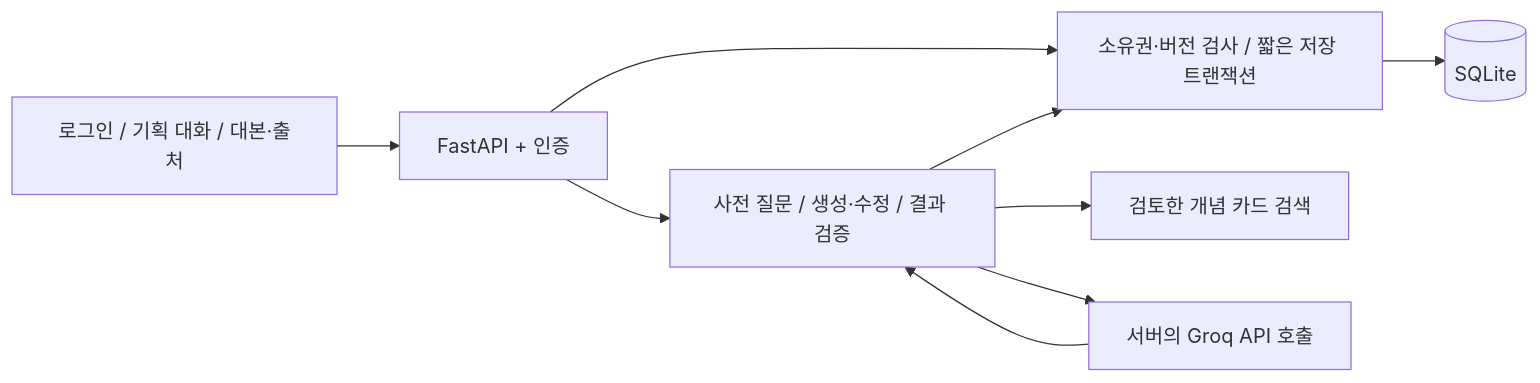
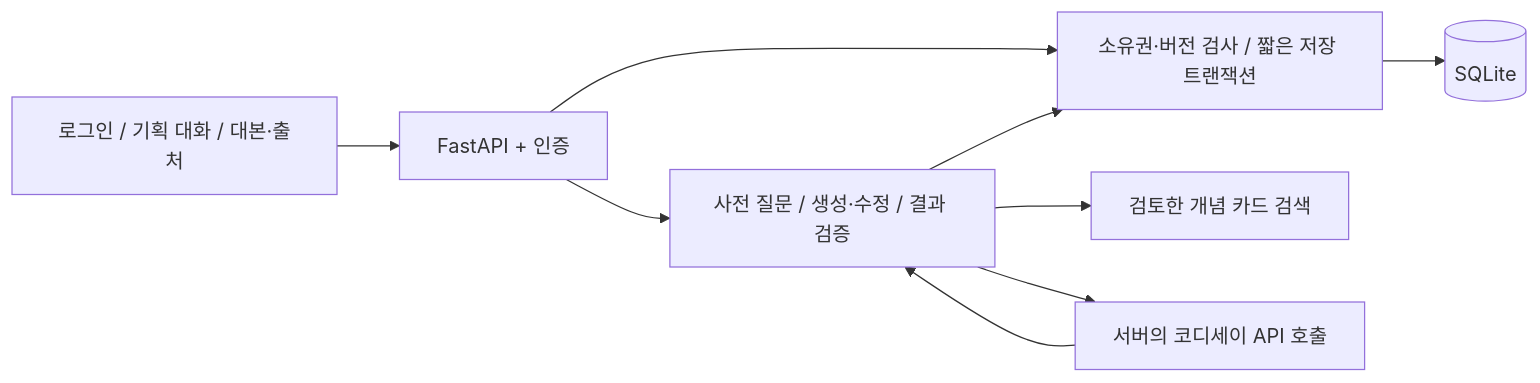
One commit to bidulgiya999/codyssey_work_B7-1-team- changed the diagram in README.md. Above: the diagram before and after it, drawn with Mermaid. The commit also changed other lines of this file and 25 other files, not shown here.

````diff
--- a/README.md
+++ b/README.md
@@ -36,11 +36,11 @@
 ```mermaid
 flowchart LR
     UI[로그인 / 기획 대화 / 대본·출처] --> API[FastAPI + 인증]
     API --> STORE[소유권·버전 검사 / 짧은 저장 트랜잭션]
     STORE --> DB[(SQLite)]
     API --> COACH[사전 질문 / 생성·수정 / 결과 검증]
     COACH --> KB[검토한 개념 카드 검색]
-    COACH --> GROQ[서버의 Groq API 호출]
-    GROQ --> COACH
+    COACH --> LLM[서버의 코디세이 API 호출]
+    LLM --> COACH
     COACH --> STORE
 ```
````
